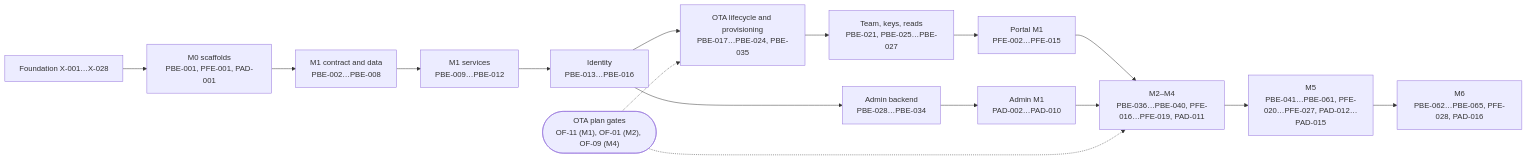
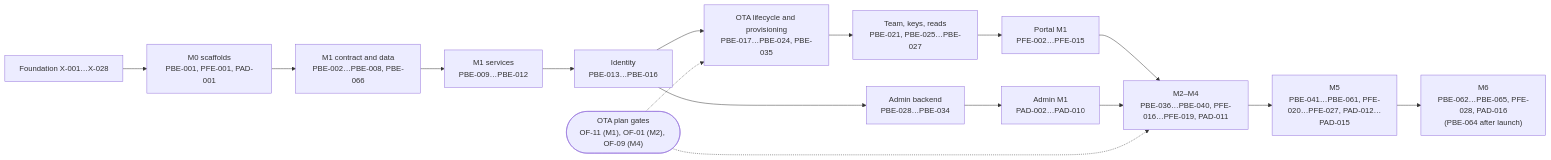
Before and after one commit to bhagwati-prasad/velexis-ota: the diagram in platform/docs/plans/agent-tasks.md, drawn with Mermaid. The commit also changed other lines of this file and 1 other file, not shown here.

````diff
--- a/platform/docs/plans/agent-tasks.md
+++ b/platform/docs/plans/agent-tasks.md
@@ -1950,18 +1955,18 @@
 ```mermaid
 flowchart LR
   X["Foundation X-001…X-028"] --> M0["M0 scaffolds<br/>PBE-001, PFE-001, PAD-001"]
-  M0 --> C1["M1 contract and data<br/>PBE-002…PBE-008"]
+  M0 --> C1["M1 contract and data<br/>PBE-002…PBE-008, PBE-066"]
   C1 --> S1["M1 services<br/>PBE-009…PBE-012"]
   S1 --> ID["Identity<br/>PBE-013…PBE-016"]
   ID --> LC["OTA lifecycle and provisioning<br/>PBE-017…PBE-024, PBE-035"]
   LC --> TM["Team, keys, reads<br/>PBE-021, PBE-025…PBE-027"]
   ID --> AD["Admin backend<br/>PBE-028…PBE-034"]
   TM --> PFE["Portal M1<br/>PFE-002…PFE-015"]
   AD --> PAD["Admin M1<br/>PAD-002…PAD-010"]
   PFE --> M24["M2–M4<br/>PBE-036…PBE-040, PFE-016…PFE-019, PAD-011"]
   PAD --> M24
   M24 --> M5["M5<br/>PBE-041…PBE-061, PFE-020…PFE-027, PAD-012…PAD-015"]
-  M5 --> M6["M6<br/>PBE-062…PBE-065, PFE-028, PAD-016"]
+  M5 --> M6["M6<br/>PBE-062…PBE-065, PFE-028, PAD-016<br/>(PBE-064 after launch)"]
   OTA(["OTA plan gates<br/>OF-11 (M1), OF-01 (M2), OF-09 (M4)"]) -.-> LC
   OTA -.-> M24
 ```
````
